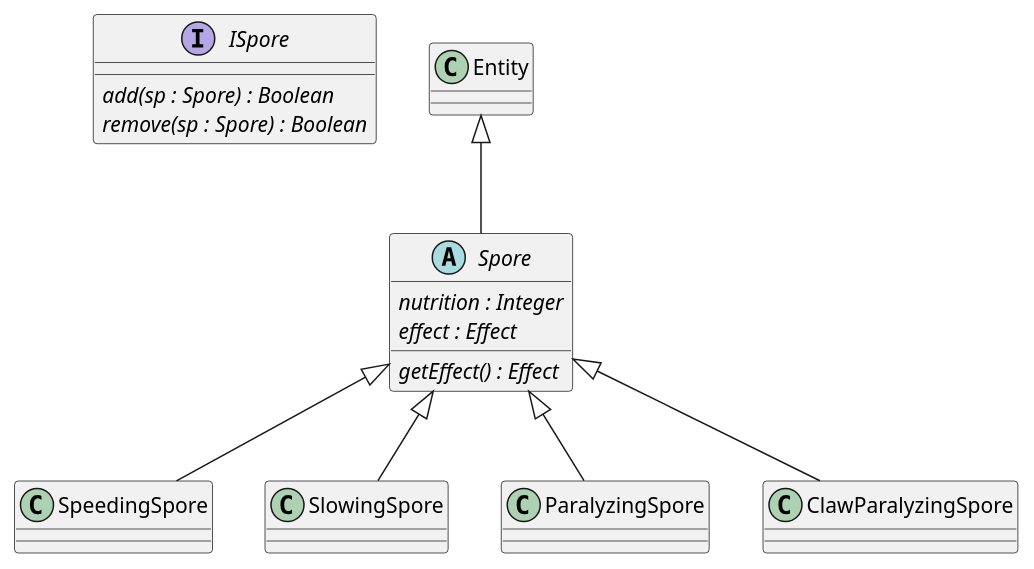
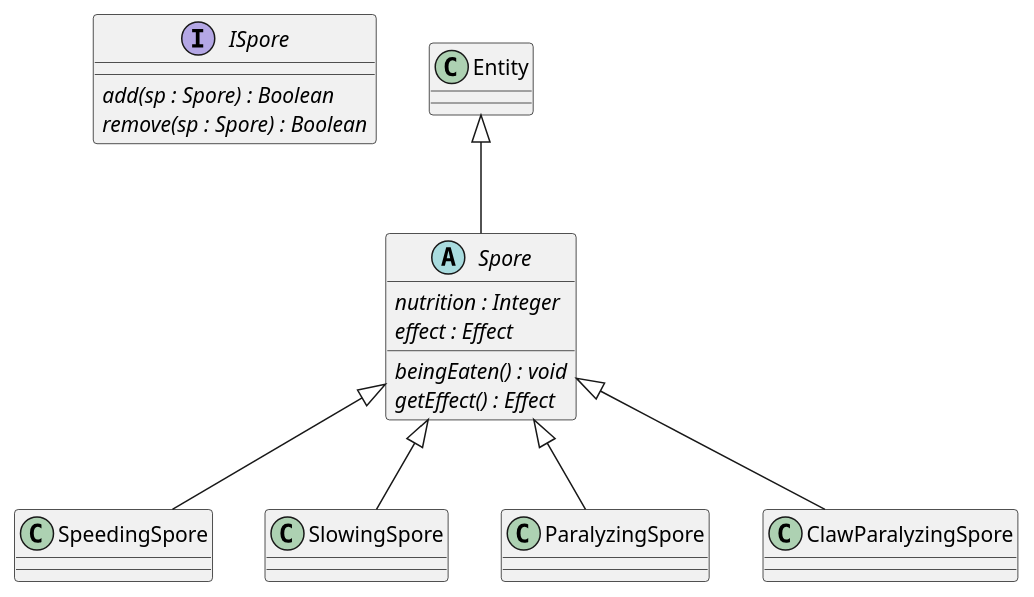
Before and after one commit to Petya-G/fungorium: the diagram in 5/classes/mushroom/spore.puml, drawn with PlantUML. The commit also changed 4 other files, not shown here.

```diff
--- a/5/classes/mushroom/spore.puml
+++ b/5/classes/mushroom/spore.puml
@@ -1,19 +1,20 @@
 @startuml spore
 
 interface ISpore {
     {abstract} add(sp : Spore) : Boolean
     {abstract} remove(sp : Spore) : Boolean
 }
 
 abstract class Spore extends Entity{
     {abstract} nutrition : Integer
     {abstract} effect : Effect
+    {abstract} beingEaten() : void
     {abstract} getEffect() : Effect
 }
 
 class SpeedingSpore extends Spore {}
 class SlowingSpore extends Spore {}
 class ParalyzingSpore extends Spore {}
 class ClawParalyzingSpore extends Spore {}
 
 @enduml
```
